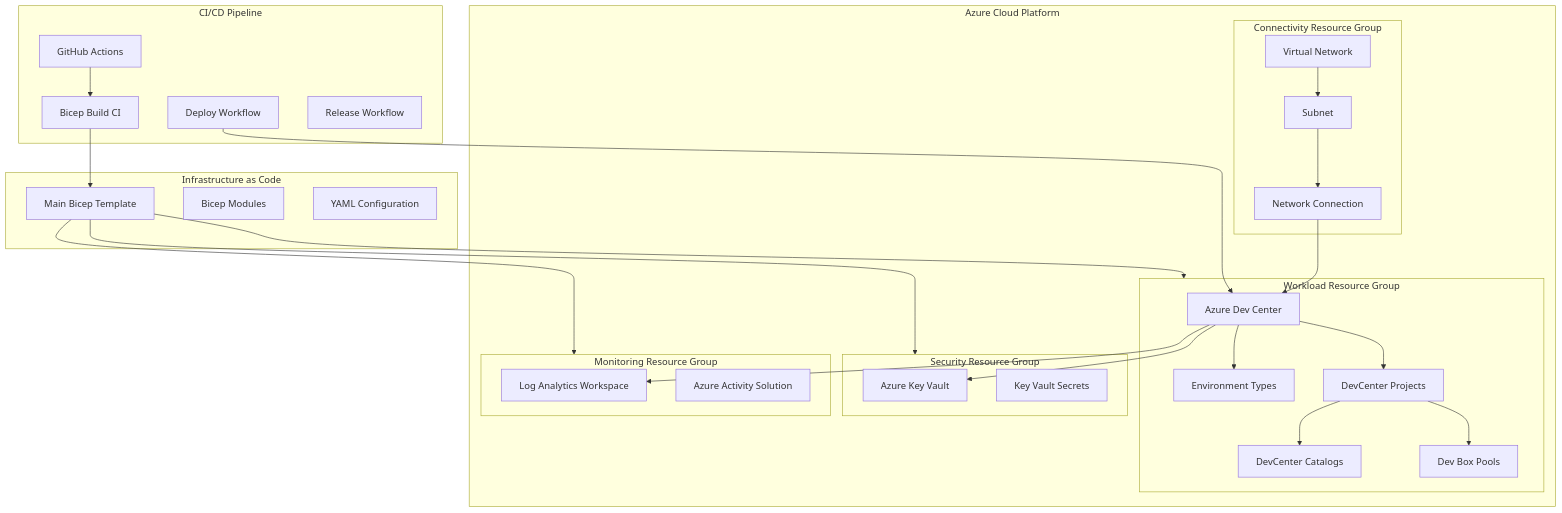
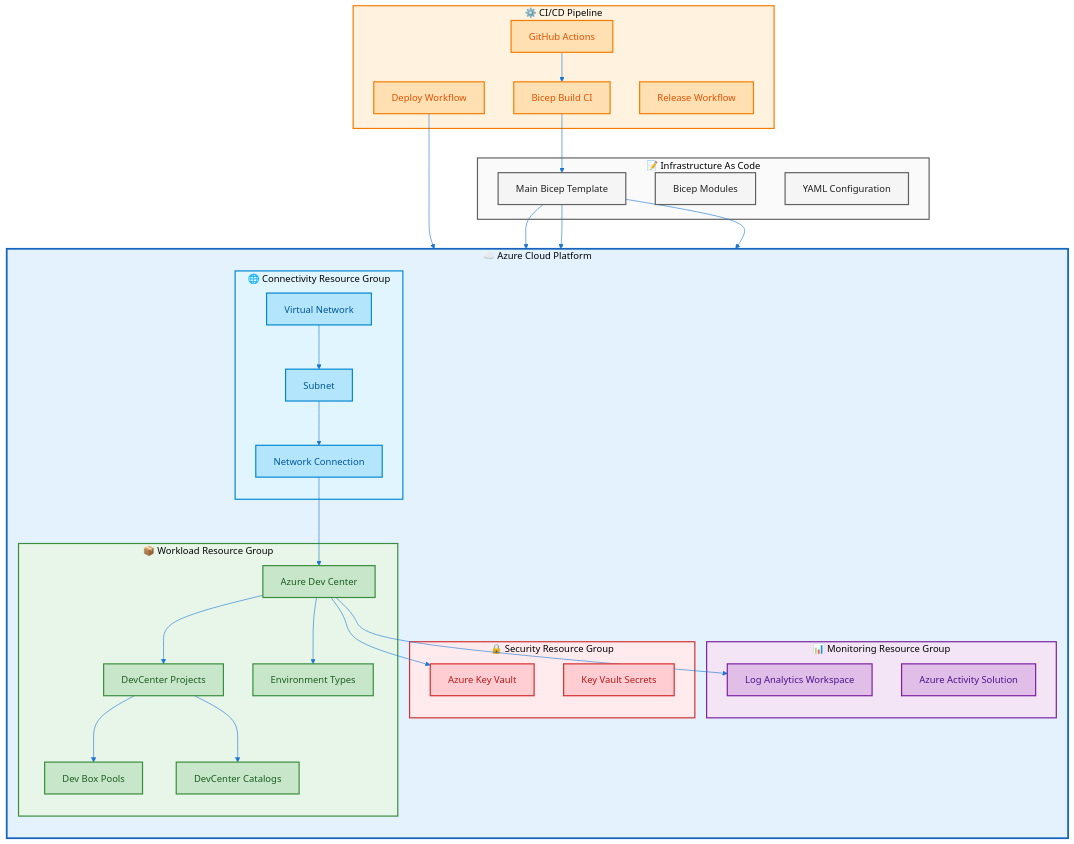
The first of 8 diagrams in docs/architecture/Technology.md (Evilazaro/DevExp-DevBox), drawn with Mermaid before and after one commit. The commit also changed other lines of this file, not shown here.

Commit message:
docs: enhance Technology Architecture diagrams with improved styling and clarity

````diff
--- a/docs/architecture/Technology.md
+++ b/docs/architecture/Technology.md
@@ -26,54 +26,72 @@
 ```mermaid
+%%{init: {'theme': 'base', 'themeVariables': {'primaryColor': '#E3F2FD', 'lineColor': '#1976D2'}}}%%
 flowchart TB
-    subgraph Azure["Azure Cloud Platform"]
-        subgraph RG_Workload["Workload Resource Group"]
-            devcenter["Azure Dev Center"]
-            project["DevCenter Projects"]
-            pools["Dev Box Pools"]
-            catalog["DevCenter Catalogs"]
-            envtypes["Environment Types"]
+    classDef azure_root fill:#E3F2FD,stroke:#1565C0,stroke-width:2px,color:#0D47A1
+    classDef workload fill:#C8E6C9,stroke:#388E3C,stroke-width:2px,color:#1B5E20
+    classDef security fill:#FFCDD2,stroke:#D32F2F,stroke-width:2px,color:#B71C1C
+    classDef monitoring fill:#E1BEE7,stroke:#7B1FA2,stroke-width:2px,color:#4A148C
+    classDef connectivity fill:#B3E5FC,stroke:#0288D1,stroke-width:2px,color:#01579B
+    classDef cicd fill:#FFE0B2,stroke:#F57C00,stroke-width:2px,color:#E65100
+    classDef iac fill:#F5F5F5,stroke:#616161,stroke-width:2px,color:#212121
+
+    subgraph Azure["☁️ Azure Cloud Platform"]
+        direction TB
+        subgraph RG_Workload["📦 Workload Resource Group"]
+            devcenter["Azure Dev Center"]:::workload
+            project["DevCenter Projects"]:::workload
+            pools["Dev Box Pools"]:::workload
+            catalog["DevCenter Catalogs"]:::workload
+            envtypes["Environment Types"]:::workload
         end
-        subgraph RG_Security["Security Resource Group"]
-            keyvault["Azure Key Vault"]
-            secrets["Key Vault Secrets"]
+        subgraph RG_Security["🔒 Security Resource Group"]
+            keyvault["Azure Key Vault"]:::security
+            secrets["Key Vault Secrets"]:::security
         end
-        subgraph RG_Monitoring["Monitoring Resource Group"]
-            loganalytics["Log Analytics Workspace"]
-            solutions["Azure Activity Solution"]
+        subgraph RG_Monitoring["📊 Monitoring Resource Group"]
+            loganalytics["Log Analytics Workspace"]:::monitoring
+            solutions["Azure Activity Solution"]:::monitoring
         end
-        subgraph RG_Connectivity["Connectivity Resource Group"]
-            vnet["Virtual Network"]
-            subnet["Subnet"]
-            netconn["Network Connection"]
+        subgraph RG_Connectivity["🌐 Connectivity Resource Group"]
+            vnet["Virtual Network"]:::connectivity
+            subnet["Subnet"]:::connectivity
+            netconn["Network Connection"]:::connectivity
         end
     end
 
-    subgraph CICD["CI/CD Pipeline"]
-        ghactions["GitHub Actions"]
-        bicep_ci["Bicep Build CI"]
-        deploy_wf["Deploy Workflow"]
-        release_wf["Release Workflow"]
+    subgraph CICD["⚙️ CI/CD Pipeline"]
+        ghactions["GitHub Actions"]:::cicd
+        bicep_ci["Bicep Build CI"]:::cicd
+        deploy_wf["Deploy Workflow"]:::cicd
+        release_wf["Release Workflow"]:::cicd
     end
 
-    subgraph IaC["Infrastructure as Code"]
-        bicep_main["Main Bicep Template"]
-        bicep_modules["Bicep Modules"]
-        yaml_config["YAML Configuration"]
+    subgraph IaC["📝 Infrastructure As Code"]
+        bicep_main["Main Bicep Template"]:::iac
+        bicep_modules["Bicep Modules"]:::iac
+        yaml_config["YAML Configuration"]:::iac
     end
+
+    style Azure fill:#E3F2FD,stroke:#1565C0,stroke-width:3px
+    style RG_Workload fill:#E8F5E9,stroke:#388E3C,stroke-width:2px
+    style RG_Security fill:#FFEBEE,stroke:#D32F2F,stroke-width:2px
+    style RG_Monitoring fill:#F3E5F5,stroke:#7B1FA2,stroke-width:2px
+    style RG_Connectivity fill:#E1F5FE,stroke:#0288D1,stroke-width:2px
+    style CICD fill:#FFF3E0,stroke:#F57C00,stroke-width:2px
+    style IaC fill:#FAFAFA,stroke:#616161,stroke-width:2px
 
     ghactions --> bicep_ci
     bicep_ci --> bicep_main
     deploy_wf --> devcenter
     bicep_main --> RG_Workload
     bicep_main --> RG_Security
     bicep_main --> RG_Monitoring
     devcenter --> project
     project --> pools
     project --> catalog
     devcenter --> envtypes
     devcenter --> keyvault
     devcenter --> loganalytics
     netconn --> devcenter
     vnet --> subnet
     subnet --> netconn
 ```
````
